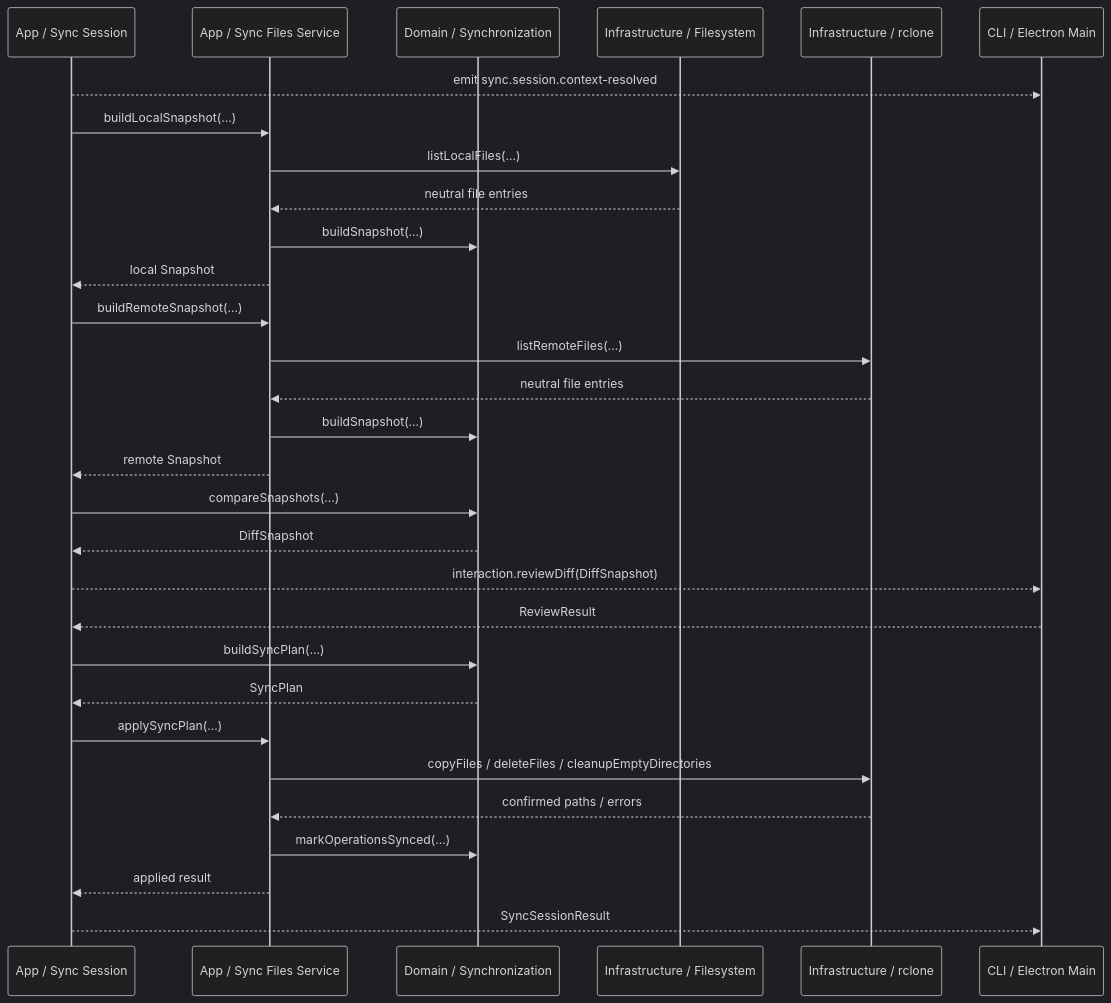
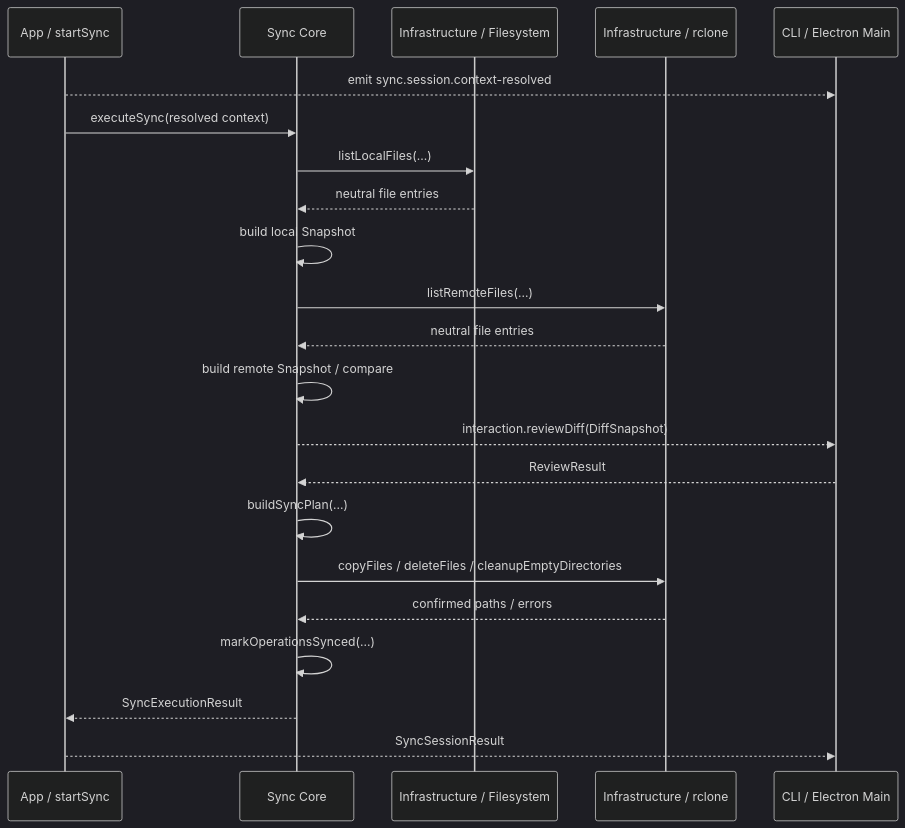
One commit to agalloch21/sync-with-rclone changed the fourth of 4 diagrams in docs/Architecture.md. Above: the diagram before and after it, drawn with Mermaid (dark theme). The commit also changed other lines of this file and 55 other files, not shown here.

````diff
--- a/docs/Architecture.md
+++ b/docs/Architecture.md
@@ -800,33 +807,25 @@
 ```mermaid
 sequenceDiagram
-  participant APP as App / Sync Session
-  participant SERVICE as App / Sync Files Service
-  participant DOMAIN as Domain / Synchronization
+  participant APP as App / startSync
+  participant CORE as Sync Core
   participant FS as Infrastructure / Filesystem
   participant RCLONE as Infrastructure / rclone
   participant SHELL as CLI / Electron Main
 
   APP-->>SHELL: emit sync.session.context-resolved
-  APP->>SERVICE: buildLocalSnapshot(...)
-  SERVICE->>FS: listLocalFiles(...)
-  FS-->>SERVICE: neutral file entries
-  SERVICE->>DOMAIN: buildSnapshot(...)
-  SERVICE-->>APP: local Snapshot
-  APP->>SERVICE: buildRemoteSnapshot(...)
-  SERVICE->>RCLONE: listRemoteFiles(...)
-  RCLONE-->>SERVICE: neutral file entries
-  SERVICE->>DOMAIN: buildSnapshot(...)
-  SERVICE-->>APP: remote Snapshot
-  APP->>DOMAIN: compareSnapshots(...)
-  DOMAIN-->>APP: DiffSnapshot
-  APP-->>SHELL: interaction.reviewDiff(DiffSnapshot)
-  SHELL-->>APP: ReviewResult
-  APP->>DOMAIN: buildSyncPlan(...)
-  DOMAIN-->>APP: SyncPlan
-  APP->>SERVICE: applySyncPlan(...)
-  SERVICE->>RCLONE: copyFiles / deleteFiles / cleanupEmptyDirectories
-  RCLONE-->>SERVICE: confirmed paths / errors
-  SERVICE->>DOMAIN: markOperationsSynced(...)
-  SERVICE-->>APP: applied result
+  APP->>CORE: executeSync(resolved context)
+  CORE->>FS: listLocalFiles(...)
+  FS-->>CORE: neutral file entries
+  CORE->>CORE: build local Snapshot
+  CORE->>RCLONE: listRemoteFiles(...)
+  RCLONE-->>CORE: neutral file entries
+  CORE->>CORE: build remote Snapshot / compare
+  CORE-->>SHELL: interaction.reviewDiff(DiffSnapshot)
+  SHELL-->>CORE: ReviewResult
+  CORE->>CORE: buildSyncPlan(...)
+  CORE->>RCLONE: copyFiles / deleteFiles / cleanupEmptyDirectories
+  RCLONE-->>CORE: confirmed paths / errors
+  CORE->>CORE: markOperationsSynced(...)
+  CORE-->>APP: SyncExecutionResult
   APP-->>SHELL: SyncSessionResult
 ```
````
